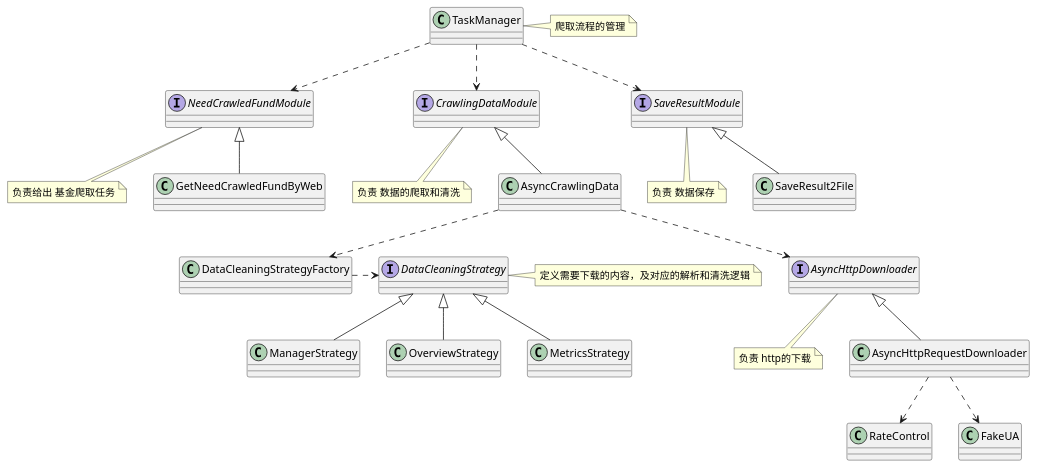
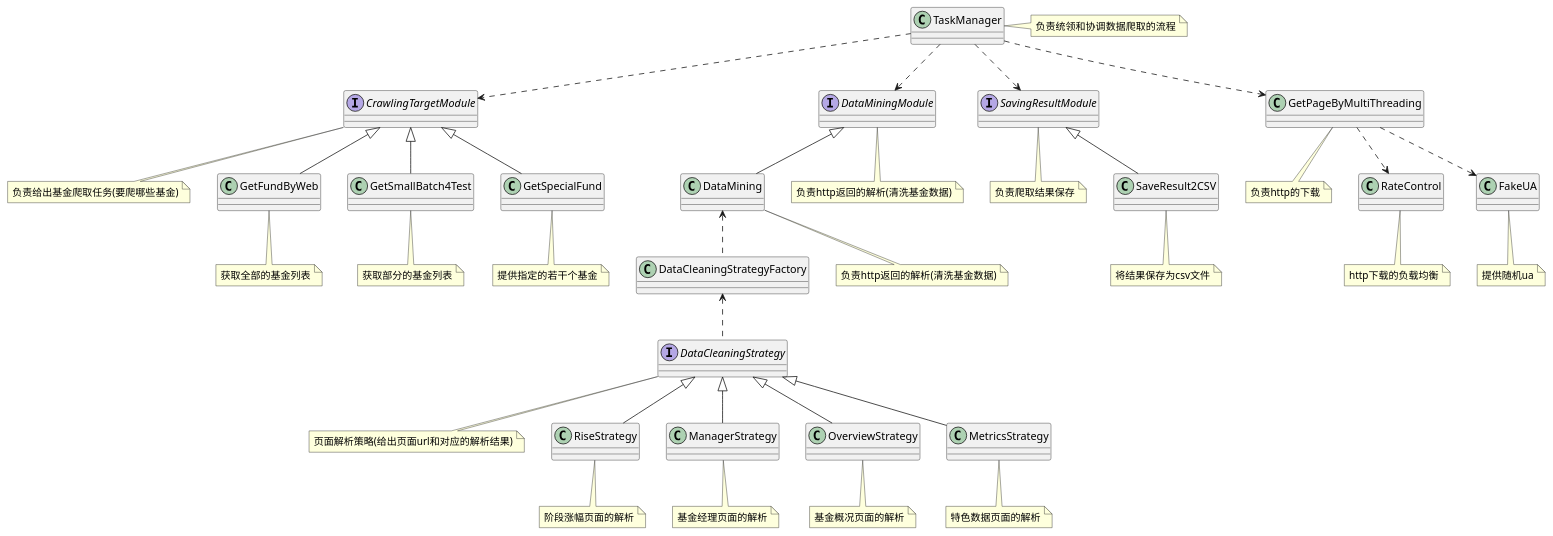
One commit to Jerry1014/FundCrawler changed the diagram in docs/overview.puml. Above: the diagram before and after it, drawn with PlantUML. The commit also changed 6 other files, not shown here.

```diff
--- a/docs/overview.puml
+++ b/docs/overview.puml
@@ -1,47 +1,63 @@
 @startuml
 
-interface AsyncHttpDownloader
-note bottom: 负责 http的下载
-class AsyncHttpRequestDownloader
+class TaskManager
+note right: 负责统领和协调数据爬取的流程
+interface CrawlingTargetModule
+note bottom: 负责给出基金爬取任务(要爬哪些基金)
+interface DataMiningModule
+note bottom: 负责http返回的解析(清洗基金数据)
+interface SavingResultModule
+note bottom: 负责爬取结果保存
+class GetPageByMultiThreading
+note bottom: 负责http的下载
+
+TaskManager .down.> CrawlingTargetModule
+TaskManager .down.> DataMiningModule
+TaskManager .down.> SavingResultModule
+TaskManager .down.> GetPageByMultiThreading
+
 class RateControl
+note bottom: http下载的负载均衡
 class FakeUA
+note bottom: 提供随机ua
 
-AsyncHttpDownloader <|-- AsyncHttpRequestDownloader
-AsyncHttpRequestDownloader ..> RateControl
-AsyncHttpRequestDownloader ..> FakeUA
+GetPageByMultiThreading .down.> RateControl
+GetPageByMultiThreading .down.> FakeUA
 
+class GetFundByWeb
+note bottom: 获取全部的基金列表
+class GetSmallBatch4Test
+note bottom: 获取部分的基金列表
+class GetSpecialFund
+note bottom: 提供指定的若干个基金
+CrawlingTargetModule ^-down- GetFundByWeb
+CrawlingTargetModule ^-down- GetSmallBatch4Test
+CrawlingTargetModule ^-down- GetSpecialFund
+
+class DataMining
+note bottom: 负责http返回的解析(清洗基金数据)
+DataMiningModule ^-down- DataMining
 class DataCleaningStrategyFactory
+DataCleaningStrategyFactory .up.> DataMining
+DataCleaningStrategy .up.> DataCleaningStrategyFactory
 interface DataCleaningStrategy
-note right: 定义需要下载的内容，及对应的解析和清洗逻辑
+note bottom: 页面解析策略(给出页面url和对应的解析结果)
+class RiseStrategy
+note bottom: 阶段涨幅页面的解析
 class ManagerStrategy
+note bottom: 基金经理页面的解析
 class OverviewStrategy
+note bottom: 基金概况页面的解析
 class MetricsStrategy
+note bottom: 特色数据页面的解析
+DataCleaningStrategy ^-down- RiseStrategy
+DataCleaningStrategy ^-down- ManagerStrategy
+DataCleaningStrategy ^-down- OverviewStrategy
+DataCleaningStrategy ^-down- MetricsStrategy
 
-DataCleaningStrategyFactory .> DataCleaningStrategy
-DataCleaningStrategy <|-- ManagerStrategy
-DataCleaningStrategy <|-- OverviewStrategy
-DataCleaningStrategy <|-- MetricsStrategy
+class SaveResult2CSV
+note bottom: 将结果保存为csv文件
+SavingResultModule ^-down- SaveResult2CSV
 
-class TaskManager
-note right: 爬取流程的管理
-interface NeedCrawledFundModule
-note bottom: 负责给出 基金爬取任务
-class GetNeedCrawledFundByWeb
-interface CrawlingDataModule
-note bottom: 负责 数据的爬取和清洗
-class AsyncCrawlingData
-interface SaveResultModule
-note bottom: 负责 数据保存
-class SaveResult2File
-
-TaskManager ..> NeedCrawledFundModule
-TaskManager ..> CrawlingDataModule
-TaskManager ..> SaveResultModule
-
-NeedCrawledFundModule <|-- GetNeedCrawledFundByWeb
-CrawlingDataModule <|-- AsyncCrawlingData
-AsyncCrawlingData ..> AsyncHttpDownloader
-AsyncCrawlingData ..> DataCleaningStrategyFactory
-SaveResultModule <|-- SaveResult2File
 
 @enduml
```
